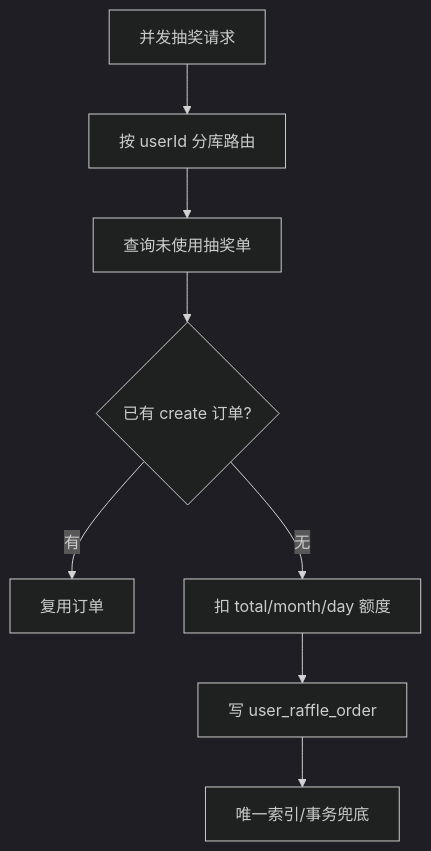
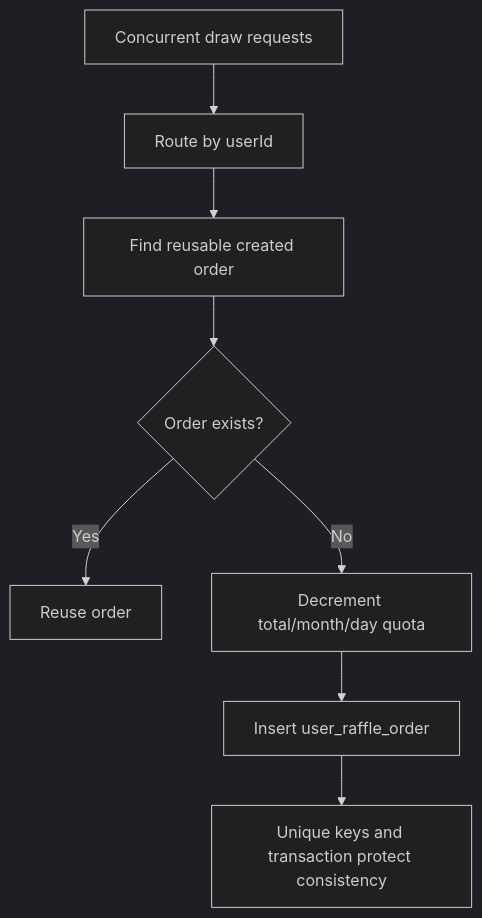
The diagram in docs/learning/06-high-concurrency-scenarios.md (dyxnb22/big-market-ai-platform), drawn with Mermaid (dark theme) before and after one commit. The commit also changed other lines of this file and 129 other files, not shown here.

````diff
--- a/docs/learning/06-high-concurrency-scenarios.md
+++ b/docs/learning/06-high-concurrency-scenarios.md
@@ -35,10 +21,10 @@
 ```mermaid
 flowchart TD
-    A["并发抽奖请求"] --> B["按 userId 分库路由"]
-    B --> C["查询未使用抽奖单"]
-    C --> D{"已有 create 订单?"}
-    D -->|有| E["复用订单"]
-    D -->|无| F["扣 total/month/day 额度"]
-    F --> G["写 user_raffle_order"]
-    G --> H["唯一索引/事务兜底"]
+    A["Concurrent draw requests"] --> B["Route by userId"]
+    B --> C["Find reusable created order"]
+    C --> D{"Order exists?"}
+    D -->|Yes| E["Reuse order"]
+    D -->|No| F["Decrement total/month/day quota"]
+    F --> G["Insert user_raffle_order"]
+    G --> H["Unique keys and transaction protect consistency"]
 ```
````
